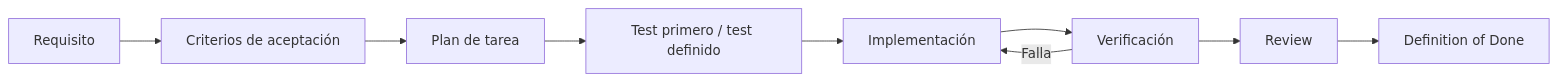
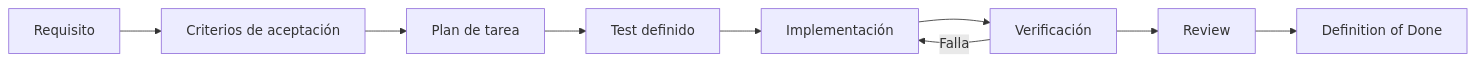
The first of 9 diagrams in docs/07-plan-mvp.md (balderasalberto/eventos-sociales), drawn with Mermaid before and after one commit. The commit also changed other lines of this file, not shown here.

Commit message:
docs: refine executable MVP implementation plan

````diff
--- a/docs/07-plan-mvp.md
+++ b/docs/07-plan-mvp.md
@@ -15,11 +33,11 @@
 ```mermaid
 flowchart LR
     REQ[Requisito] --> AC[Criterios de aceptación]
     AC --> PLAN[Plan de tarea]
-    PLAN --> TEST[Test primero / test definido]
+    PLAN --> TEST[Test definido]
     TEST --> IMPL[Implementación]
     IMPL --> VERIFY[Verificación]
     VERIFY --> REVIEW[Review]
     REVIEW --> DONE[Definition of Done]
     VERIFY -->|Falla| IMPL
 ```
````
